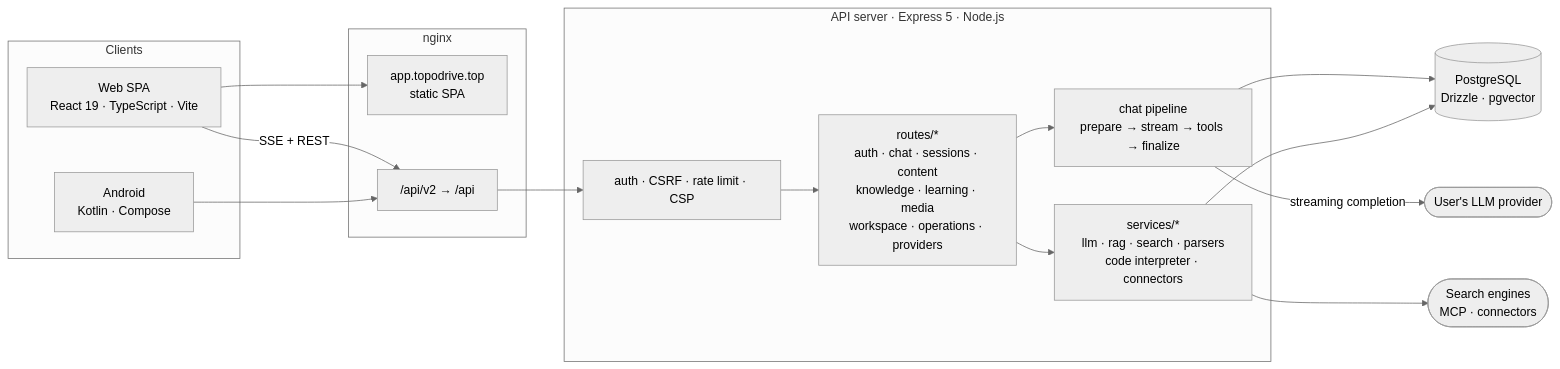
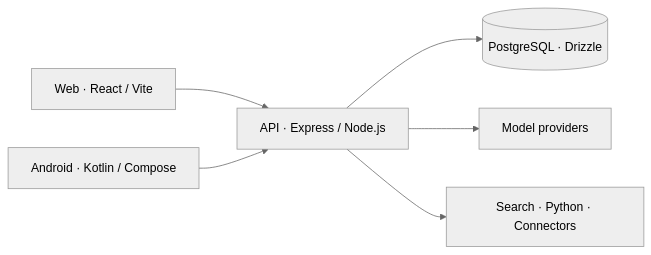
Before and after one commit to kevenhu001-cyber/Socrates: the diagram in README.md, drawn with Mermaid (neutral theme). The commit also changed other lines of this file, not shown here.

````diff
--- a/README.md
+++ b/README.md
@@ -148,34 +118,8 @@
 ```mermaid
 flowchart LR
-  subgraph Clients
-    SPA["Web SPA<br/>React 19 · TypeScript · Vite"]
-    AND["Android<br/>Kotlin · Compose"]
-  end
-
-  subgraph Edge["nginx"]
-    APP["app.topodrive.top<br/>static SPA"]
-    PROXY["/api/v2 → /api"]
-  end
-
-  subgraph Server["API server · Express 5 · Node.js"]
-    MW["auth · CSRF · rate limit · CSP"]
-    ROUTES["routes/*<br/>auth · chat · sessions · content<br/>knowledge · learning · media<br/>workspace · operations · providers"]
-    CHAT["chat pipeline<br/>prepare → stream → tools → finalize"]
-    SVC["services/*<br/>llm · rag · search · parsers<br/>code interpreter · connectors"]
-  end
-
-  PG[("PostgreSQL<br/>Drizzle · pgvector")]
-  LLM(["User's LLM provider"])
-  EXT(["Search engines<br/>MCP · connectors"])
-
-  SPA --> APP
-  SPA -->|SSE + REST| PROXY
-  AND --> PROXY
-  PROXY --> MW --> ROUTES
-  ROUTES --> CHAT
-  ROUTES --> SVC
-  CHAT --> PG
-  SVC --> PG
-  CHAT -->|streaming completion| LLM
-  SVC --> EXT
+  W["Web · React / Vite"] --> E["API · Express / Node.js"]
+  A["Android · Kotlin / Compose"] --> E
+  E --> D[("PostgreSQL · Drizzle")]
+  E --> M["Model providers"]
+  E --> T["Search · Python · Connectors"]
 ```
````
